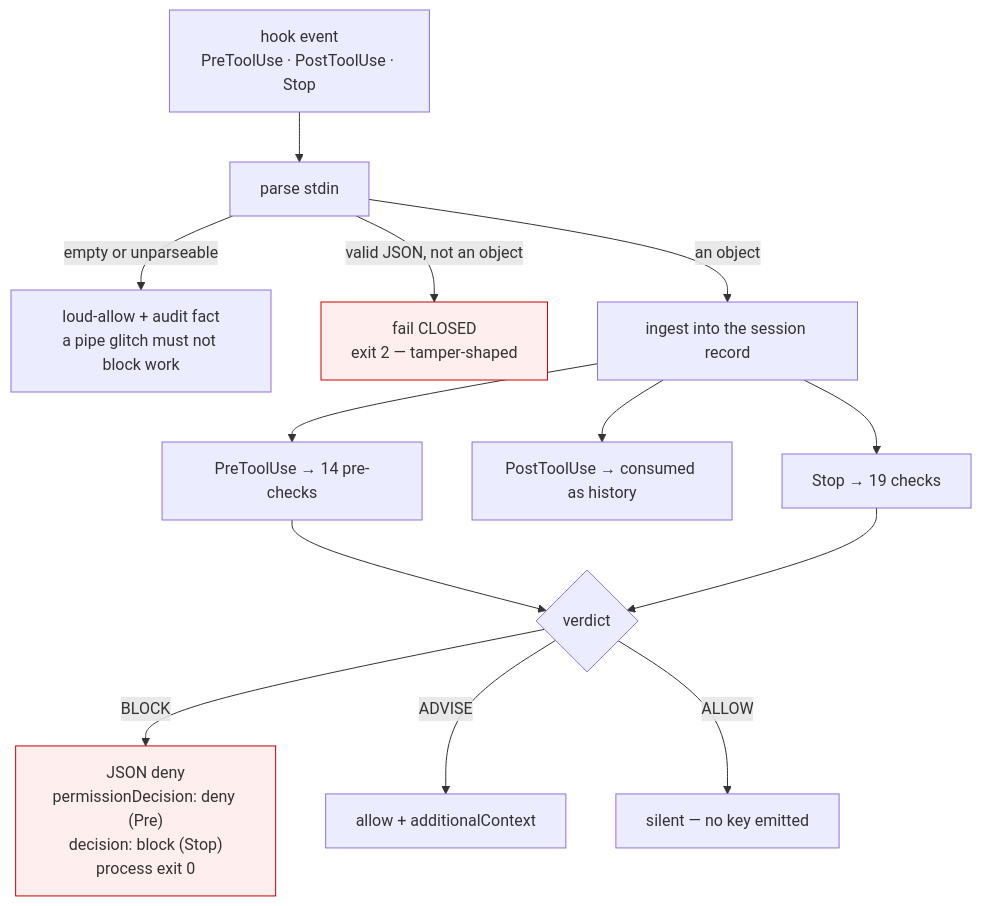
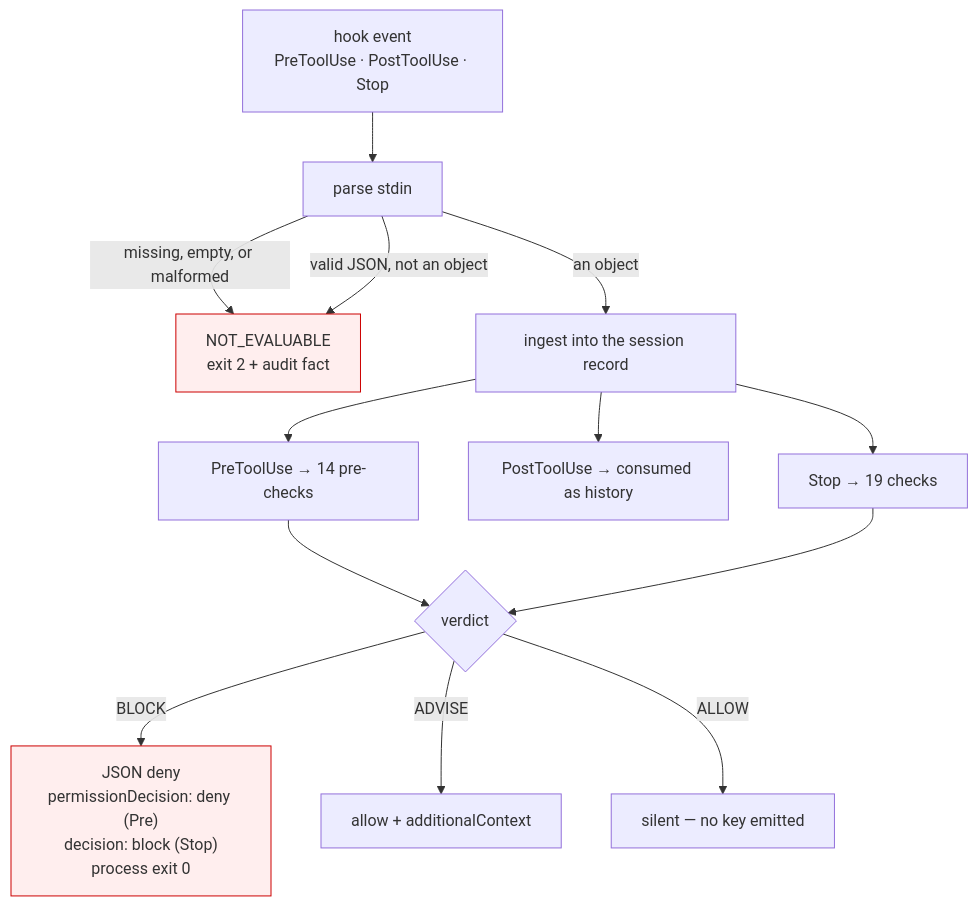
The diagram in README.md (Clear-Sights/Makoto), drawn with Mermaid before and after one commit. The commit also changed other lines of this file and 21 other files, not shown here.

````diff
--- a/README.md
+++ b/README.md
@@ -23,17 +23,17 @@
 ```mermaid
 flowchart TD
     E["hook event<br/>PreToolUse · PostToolUse · Stop"] --> P["parse stdin"]
-    P -->|"empty or unparseable"| LA["loud-allow + audit fact<br/>a pipe glitch must not block work"]
-    P -->|"valid JSON, not an object"| FC["fail CLOSED<br/>exit 2 — tamper-shaped"]
+    P -->|"missing, empty, or malformed"| FC["NOT_EVALUABLE<br/>exit 2 + audit fact"]
+    P -->|"valid JSON, not an object"| FC
     P -->|"an object"| I["ingest into the session record"]
     I --> PRE["PreToolUse → 14 pre-checks"]
     I --> POST["PostToolUse → consumed as history"]
     I --> STOP["Stop → 19 checks"]
     PRE --> W{"verdict"}
     STOP --> W
     W -->|BLOCK| DENY["JSON deny<br/>permissionDecision: deny (Pre)<br/>decision: block (Stop)<br/>process exit 0"]
     W -->|ADVISE| ADV["allow + additionalContext"]
     W -->|ALLOW| SIL["silent — no key emitted"]
     style FC fill:#fee,stroke:#c00
     style DENY fill:#fee,stroke:#c00
 ```
````
